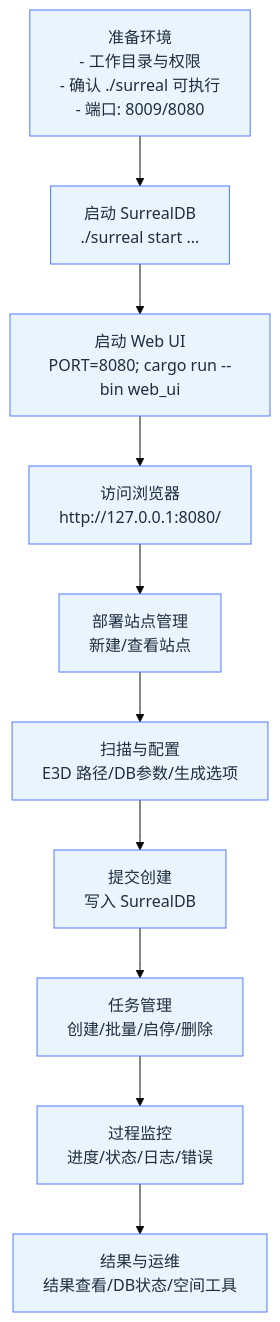
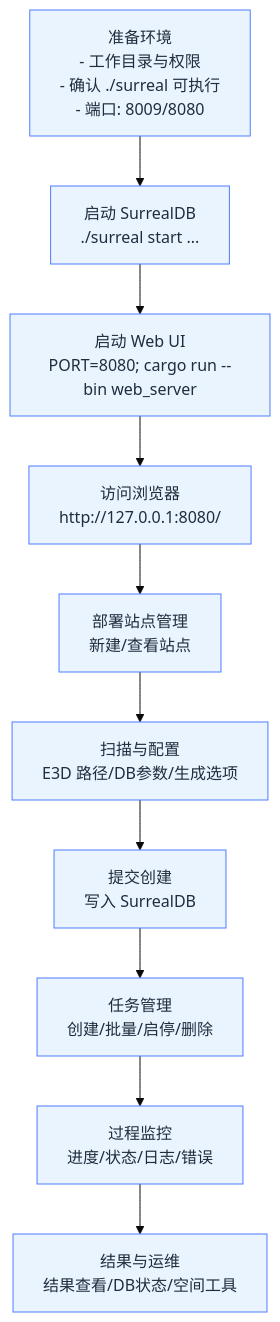
Before and after one commit to happyrust/gen-model: the first of 4 diagrams in issues/开发文档-WebUI部署与使用.md, drawn with Mermaid (base theme). The commit also changed other lines of this file and 549 other files, not shown here.

````diff
--- a/issues/开发文档-WebUI部署与使用.md
+++ b/issues/开发文档-WebUI部署与使用.md
@@ -52,14 +52,14 @@
 ```mermaid
 flowchart TD
     A[准备环境\n- 工作目录与权限\n- 确认 ./surreal 可执行\n- 端口: 8009/8080] --> B[启动 SurrealDB\n./surreal start ...]
-    B --> C[启动 Web UI\nPORT=8080; cargo run --bin web_ui]
+    B --> C[启动 Web UI\nPORT=8080; cargo run --bin web_server]
     C --> D[访问浏览器\nhttp://127.0.0.1:8080/]
     D --> E[部署站点管理\n新建/查看站点]
     E --> F[扫描与配置\nE3D 路径/DB参数/生成选项]
     F --> G[提交创建\n写入 SurrealDB]
     G --> H[任务管理\n创建/批量/启停/删除]
     H --> I[过程监控\n进度/状态/日志/错误]
     I --> J[结果与运维\n结果查看/DB状态/空间工具]
     classDef step fill:#eaf4ff,stroke:#4f7cff,color:#1f2d3d
     class A,B,C,D,E,F,G,H,I,J step
 ```
````
